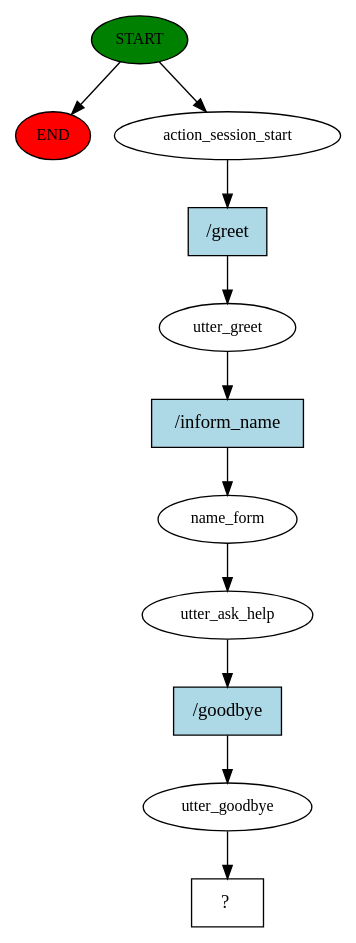
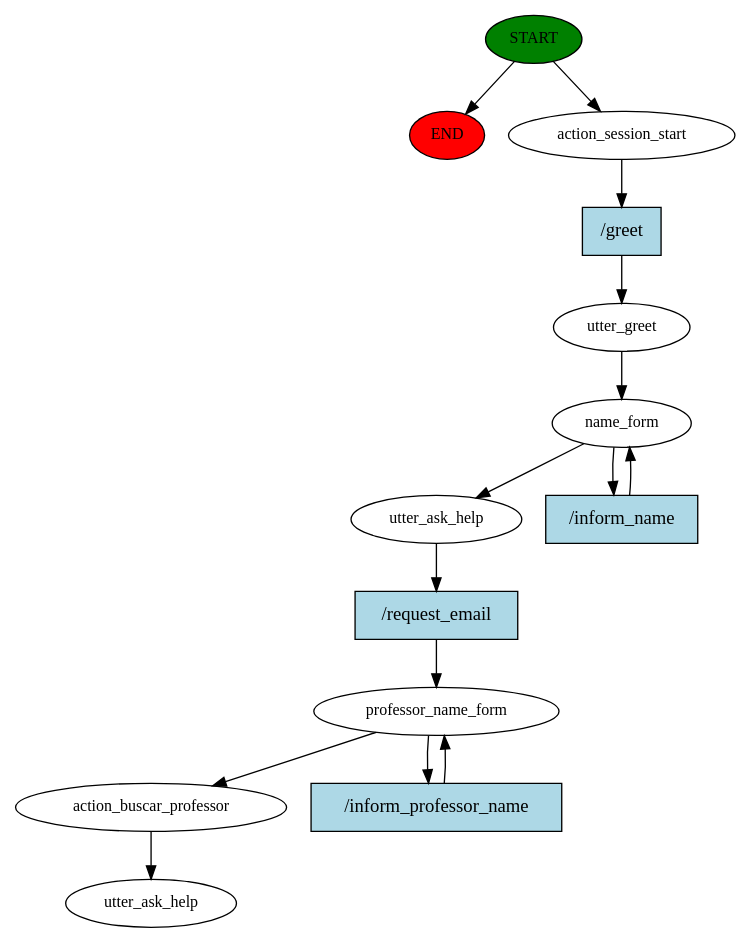
The diagram in story_graph.dot (ofernandobarbosa/chatbot_IF), drawn with Graphviz before and after one commit. The commit also changed 6 other files, not shown here.

```diff
--- a/story_graph.dot
+++ b/story_graph.dot
@@ -1,23 +1,29 @@
 digraph  {
 0 [class="start active", fillcolor=green, fontsize=12, label=START, style=filled];
 "-1" [class=end, fillcolor=red, fontsize=12, label=END, style=filled];
 1 [class=active, fontsize=12, label=action_session_start];
 2 [class=active, fontsize=12, label=utter_greet];
 3 [class=active, fontsize=12, label=name_form];
-4 [class=active, fontsize=12, label=utter_ask_help];
-5 [class=active, fontsize=12, label=utter_goodbye];
-6 [class="intent dashed active", label="  ?  ", shape=rect];
-7 [class="intent active", fillcolor=lightblue, label="/greet", shape=rect, style=filled];
-8 [class="intent active", fillcolor=lightblue, label="/inform_name", shape=rect, style=filled];
-9 [class="intent active", fillcolor=lightblue, label="/goodbye", shape=rect, style=filled];
+5 [class=active, fontsize=12, label=utter_ask_help];
+6 [class=active, fontsize=12, label=professor_name_form];
+8 [class=active, fontsize=12, label=action_buscar_professor];
+9 [class="dashed active", fontsize=12, label=utter_ask_help];
+10 [class="intent active", fillcolor=lightblue, label="/greet", shape=rect, style=filled];
+11 [class="intent active", fillcolor=lightblue, label="/inform_name", shape=rect, style=filled];
+12 [class="intent active", fillcolor=lightblue, label="/request_email", shape=rect, style=filled];
+13 [class="intent active", fillcolor=lightblue, label="/inform_professor_name", shape=rect, style=filled];
 0 -> "-1"  [class="", key=NONE, label=""];
 0 -> 1  [class=active, key=NONE, label=""];
-1 -> 7  [class=active, key=0];
-2 -> 8  [class=active, key=0];
-3 -> 4  [class=active, key=NONE, label=""];
-4 -> 9  [class=active, key=0];
-5 -> 6  [class=active, key=NONE, label=""];
-7 -> 2  [class=active, key=0];
-8 -> 3  [class=active, key=0];
-9 -> 5  [class=active, key=0];
+1 -> 10  [class=active, key=0];
+2 -> 3  [class=active, key=NONE, label=""];
+3 -> 5  [class=active, key=NONE, label=""];
+3 -> 11  [class=active, key=0];
+5 -> 12  [class=active, key=0];
+6 -> 8  [class=active, key=NONE, label=""];
+6 -> 13  [class=active, key=0];
+8 -> 9  [class=active, key=NONE, label=""];
+10 -> 2  [class=active, key=0];
+11 -> 3  [class=active, key=0];
+12 -> 6  [class=active, key=0];
+13 -> 6  [class=active, key=0];
 }
```
